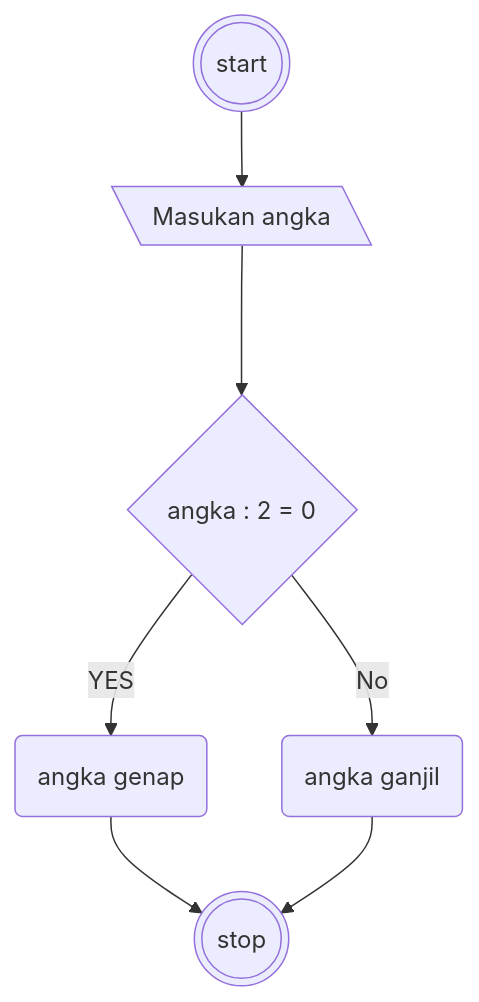
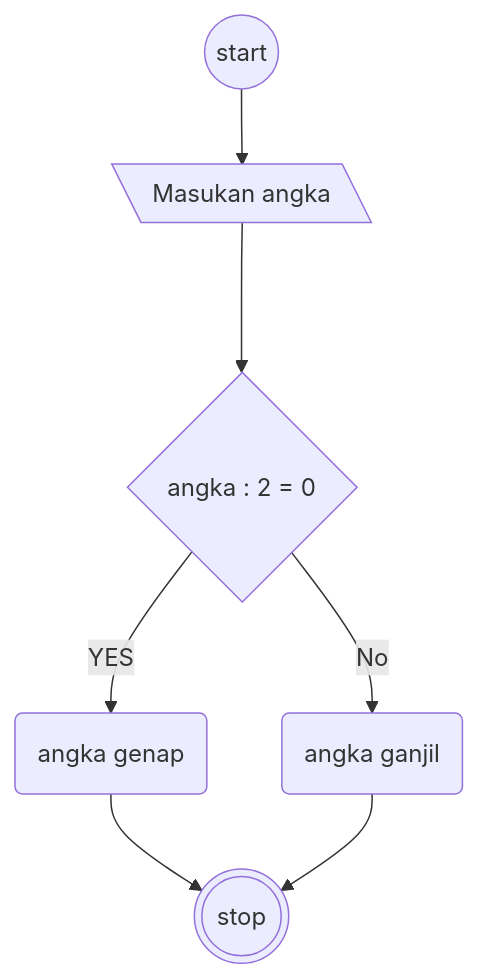
One commit to ariekas/koda-b4-algoritma changed the diagram in MiniTask4.md. Above: the diagram before and after it, drawn with Mermaid.

````diff
--- a/MiniTask4.md
+++ b/MiniTask4.md
@@ -3,15 +3,15 @@
 ```mermaid
 flowchart TD
-Start(((start)))
+Start((start))
 InputAngka[\Masukan angka\]
 Perhitungan{angka : 2 = 0}
 ProsessGanjil(angka ganjil)
 ProsessGenap(angka genap)
 Stop(((stop)))
 
 Start --> InputAngka
 InputAngka ---> Perhitungan
 Perhitungan -- YES --> ProsessGenap --> Stop
 Perhitungan -- No --> ProsessGanjil --> Stop
 
 ```
````
